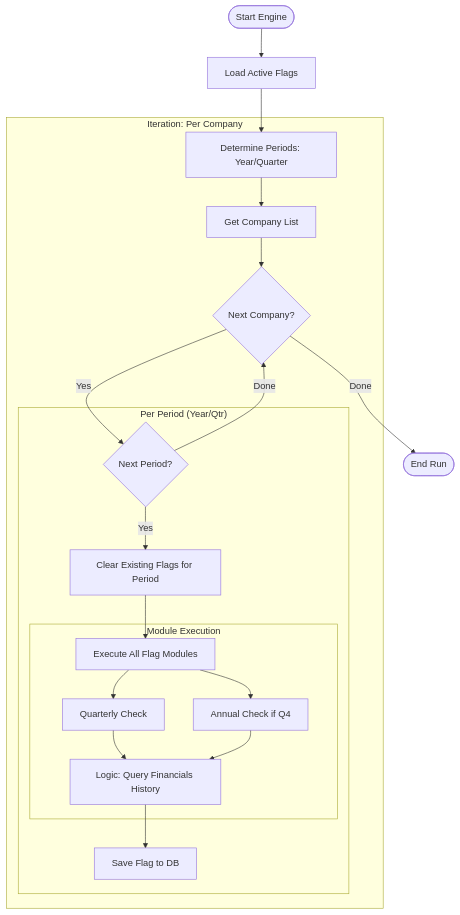
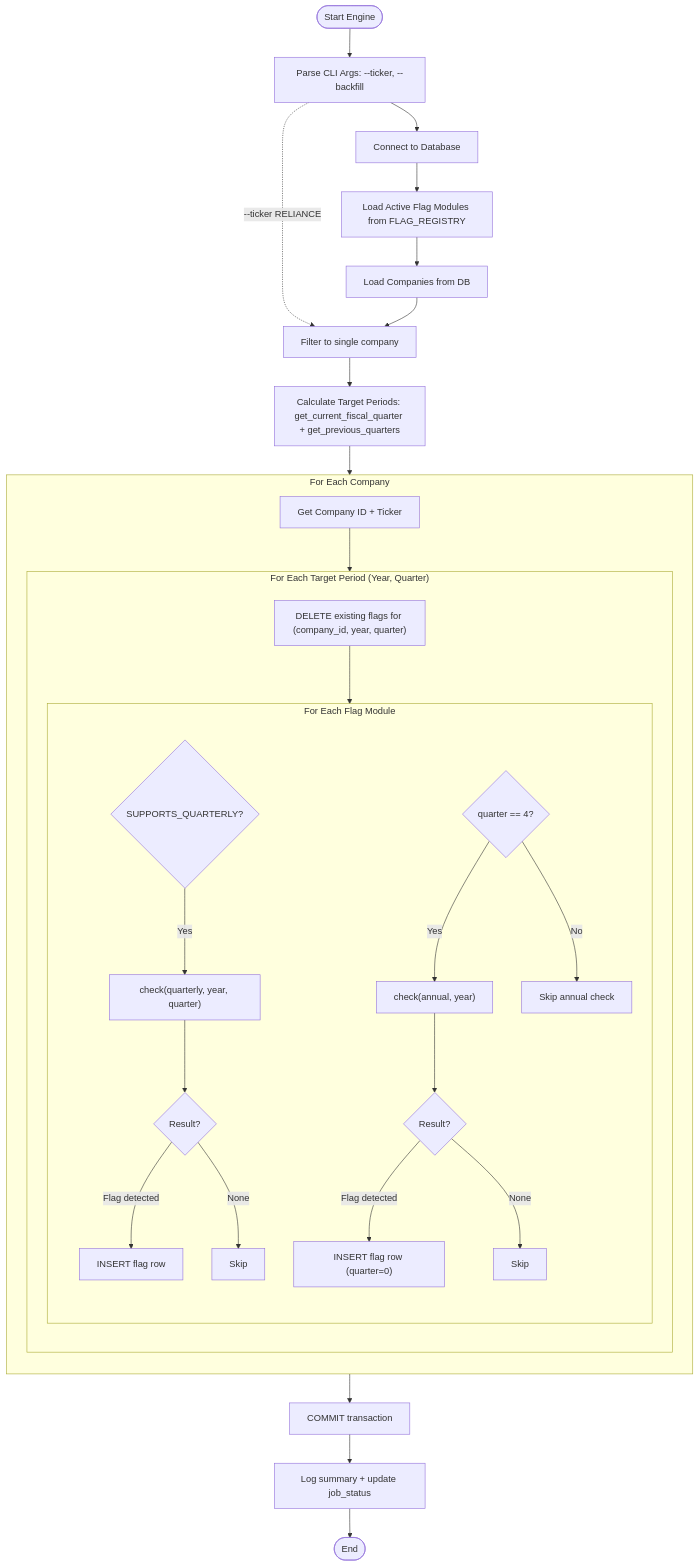
One commit to prmdsharma/flagium changed the second of 3 diagrams in docs/engine_architecture.md. Above: the diagram before and after it, drawn with Mermaid. The commit also changed other lines of this file, not shown here.

Commit message:
Comprehensive rewrite of flag engine architecture documentation

````diff
--- a/docs/engine_architecture.md
+++ b/docs/engine_architecture.md
@@ -7,29 +40,43 @@
 ```mermaid
-graph TD
-    Start([Start Engine]) --> Config[Load Active Flags]
-    Config --> Intervals[Determine Periods: Year/Quarter]
-    
-    subgraph "Iteration: Per Company"
-        Intervals --> Comp[Get Company List]
-        Comp --> LoopComp{Next Company?}
-        LoopComp -- "Yes" --> LoopPeriod{Next Period?}
-        
-        subgraph "Per Period (Year/Qtr)"
-            LoopPeriod -- "Yes" --> Clear[Clear Existing Flags for Period]
-            Clear --> RunFlags[Execute All Flag Modules]
-            
-            subgraph "Module Execution"
-                RunFlags --> QCheck[Quarterly Check]
-                RunFlags --> ACheck[Annual Check if Q4]
-                QCheck --> Logic[Logic: Query Financials History]
-                ACheck --> Logic
+flowchart TD
+    Start([Start Engine]) --> Args["Parse CLI Args: --ticker, --backfill"]
+    Args --> Conn[Connect to Database]
+    Conn --> LoadFlags["Load Active Flag Modules from FLAG_REGISTRY"]
+    LoadFlags --> LoadCompanies[Load Companies from DB]
+    Args -.->|--ticker RELIANCE| FilterOne["Filter to single company"]
+    LoadCompanies --> FilterOne
+    FilterOne --> CalcPeriod["Calculate Target Periods: get_current_fiscal_quarter + get_previous_quarters"]
+
+    CalcPeriod --> CompanyLoop
+
+    subgraph CompanyLoop ["For Each Company"]
+        direction TB
+        CStart["Get Company ID + Ticker"] --> PeriodLoop
+
+        subgraph PeriodLoop ["For Each Target Period (Year, Quarter)"]
+            direction TB
+            Clear["DELETE existing flags for (company_id, year, quarter)"]
+            Clear --> FlagLoop
+
+            subgraph FlagLoop ["For Each Flag Module"]
+                direction TB
+                QCheck{"SUPPORTS_QUARTERLY?"}
+                QCheck -->|Yes| RunQ["check(quarterly, year, quarter)"]
+                RunQ --> SaveQ{"Result?"}
+                SaveQ -->|Flag detected| InsertQ["INSERT flag row"]
+                SaveQ -->|None| Skip1[Skip]
+
+                ACheck{"quarter == 4?"}
+                ACheck -->|Yes| RunA["check(annual, year)"]
+                RunA --> SaveA{"Result?"}
+                SaveA -->|Flag detected| InsertA["INSERT flag row (quarter=0)"]
+                SaveA -->|None| Skip2[Skip]
+                ACheck -->|No| Skip3["Skip annual check"]
             end
-            
-            Logic --> Save[Save Flag to DB]
         end
-        
-        LoopPeriod -- "Done" --> LoopComp
     end
 
-    LoopComp -- "Done" --> End([End Run])
+    CompanyLoop --> Commit["COMMIT transaction"]
+    Commit --> Log["Log summary + update job_status"]
+    Log --> End([End])
 ```
````
